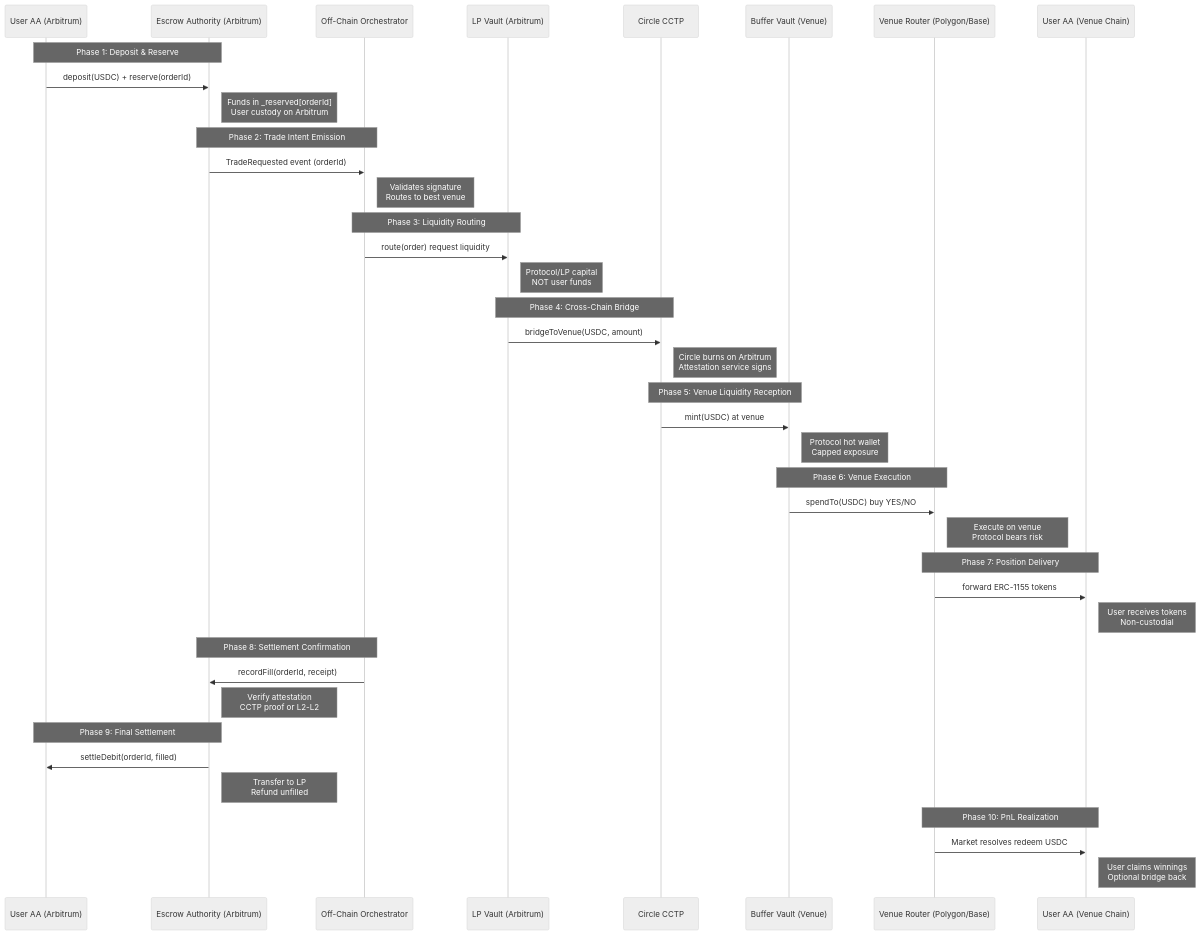
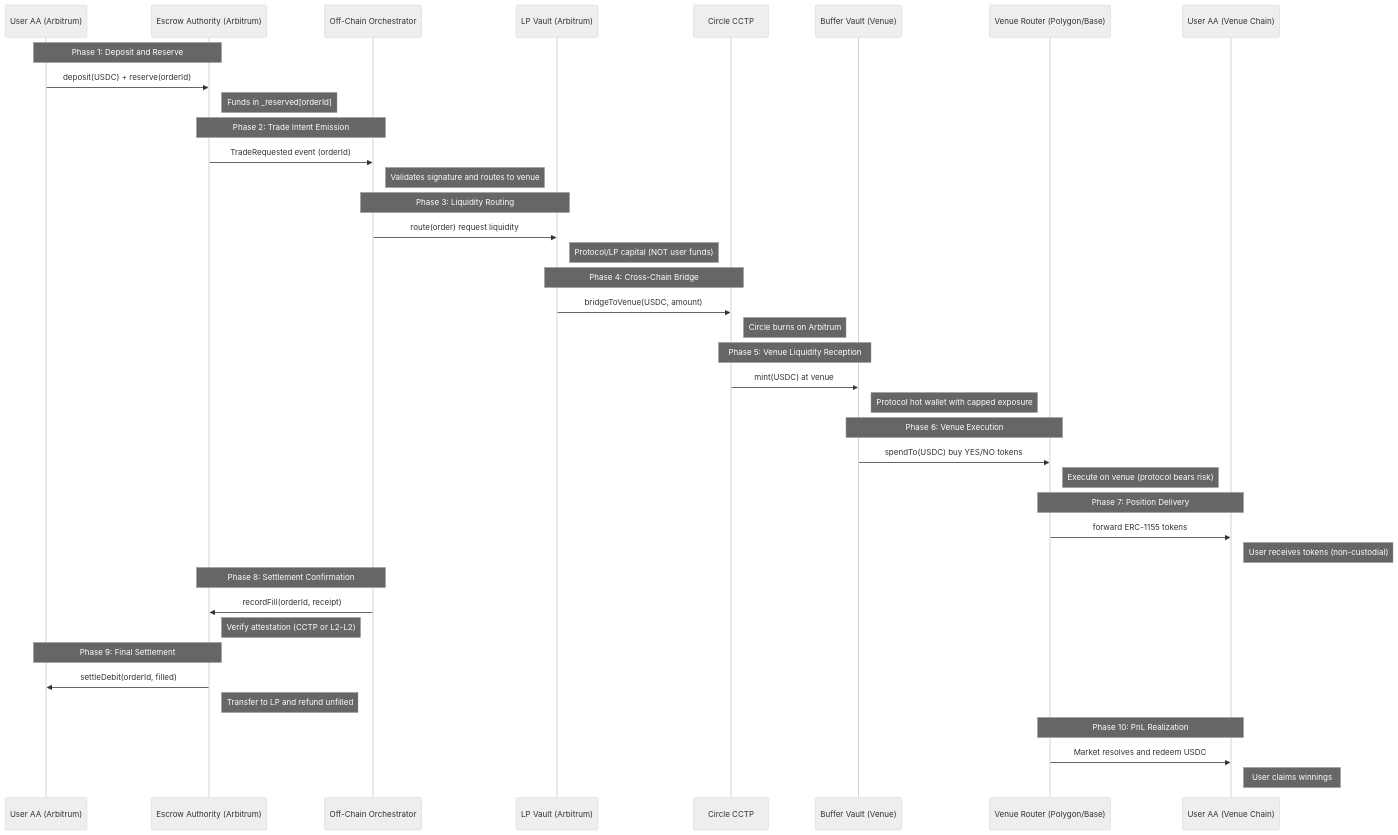
The diagram in profile/predifi_fund_flow.md (Predifi-com/.github), drawn with Mermaid (neutral theme) before and after one commit.

Commit message:
Remove all HTML tags from Mermaid diagram notes for proper rendering

````diff
--- a/profile/predifi_fund_flow.md
+++ b/profile/predifi_fund_flow.md
@@ -11,51 +11,51 @@
 ```mermaid
 sequenceDiagram
     participant UAA as User AA (Arbitrum)
     participant ESC as Escrow Authority (Arbitrum)
     participant ORC as Off-Chain Orchestrator
     participant LPV as LP Vault (Arbitrum)
     participant CCTP as Circle CCTP
     participant BUF as Buffer Vault (Venue)
     participant VEN as Venue Router (Polygon/Base)
     participant UAV as User AA (Venue Chain)
 
-    Note over UAA,ESC: Phase 1: Deposit & Reserve
+    Note over UAA,ESC: Phase 1: Deposit and Reserve
     UAA->>ESC: deposit(USDC) + reserve(orderId)
-    Note right of ESC: Funds in _reserved[orderId]<br/>User custody on Arbitrum
+    Note right of ESC: Funds in _reserved[orderId]
     
     Note over ESC,ORC: Phase 2: Trade Intent Emission
     ESC->>ORC: TradeRequested event (orderId)
-    Note right of ORC: Validates signature<br/>Routes to best venue
+    Note right of ORC: Validates signature and routes to venue
     
     Note over ORC,LPV: Phase 3: Liquidity Routing
     ORC->>LPV: route(order) request liquidity
-    Note right of LPV: Protocol/LP capital<br/>NOT user funds
+    Note right of LPV: Protocol/LP capital (NOT user funds)
     
     Note over LPV,CCTP: Phase 4: Cross-Chain Bridge
     LPV->>CCTP: bridgeToVenue(USDC, amount)
-    Note right of CCTP: Circle burns on Arbitrum<br/>Attestation service signs
+    Note right of CCTP: Circle burns on Arbitrum
     
     Note over CCTP,BUF: Phase 5: Venue Liquidity Reception
     CCTP->>BUF: mint(USDC) at venue
-    Note right of BUF: Protocol hot wallet<br/>Capped exposure
+    Note right of BUF: Protocol hot wallet with capped exposure
     
     Note over BUF,VEN: Phase 6: Venue Execution
-    BUF->>VEN: spendTo(USDC) buy YES/NO
-    Note right of VEN: Execute on venue<br/>Protocol bears risk
+    BUF->>VEN: spendTo(USDC) buy YES/NO tokens
+    Note right of VEN: Execute on venue (protocol bears risk)
     
     Note over VEN,UAV: Phase 7: Position Delivery
     VEN->>UAV: forward ERC-1155 tokens
-    Note right of UAV: User receives tokens<br/>Non-custodial
+    Note right of UAV: User receives tokens (non-custodial)
     
     Note over ORC,ESC: Phase 8: Settlement Confirmation
     ORC->>ESC: recordFill(orderId, receipt)
-    Note right of ESC: Verify attestation<br/>CCTP proof or L2-L2
+    Note right of ESC: Verify attestation (CCTP or L2-L2)
     
     Note over ESC,UAA: Phase 9: Final Settlement
     ESC->>UAA: settleDebit(orderId, filled)
-    Note right of ESC: Transfer to LP<br/>Refund unfilled
+    Note right of ESC: Transfer to LP and refund unfilled
     
     Note over VEN,UAV: Phase 10: PnL Realization
-    VEN->>UAV: Market resolves redeem USDC
-    Note right of UAV: User claims winnings<br/>Optional bridge back
+    VEN->>UAV: Market resolves and redeem USDC
+    Note right of UAV: User claims winnings
 ```
````
